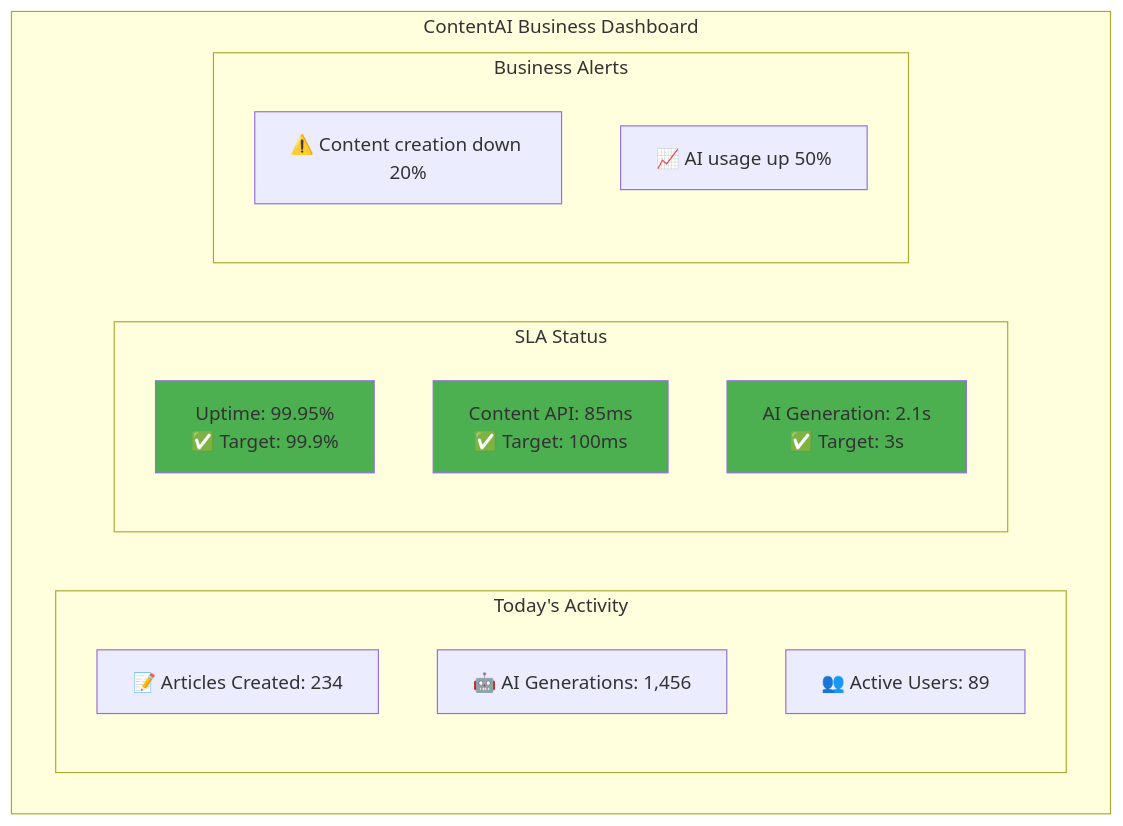
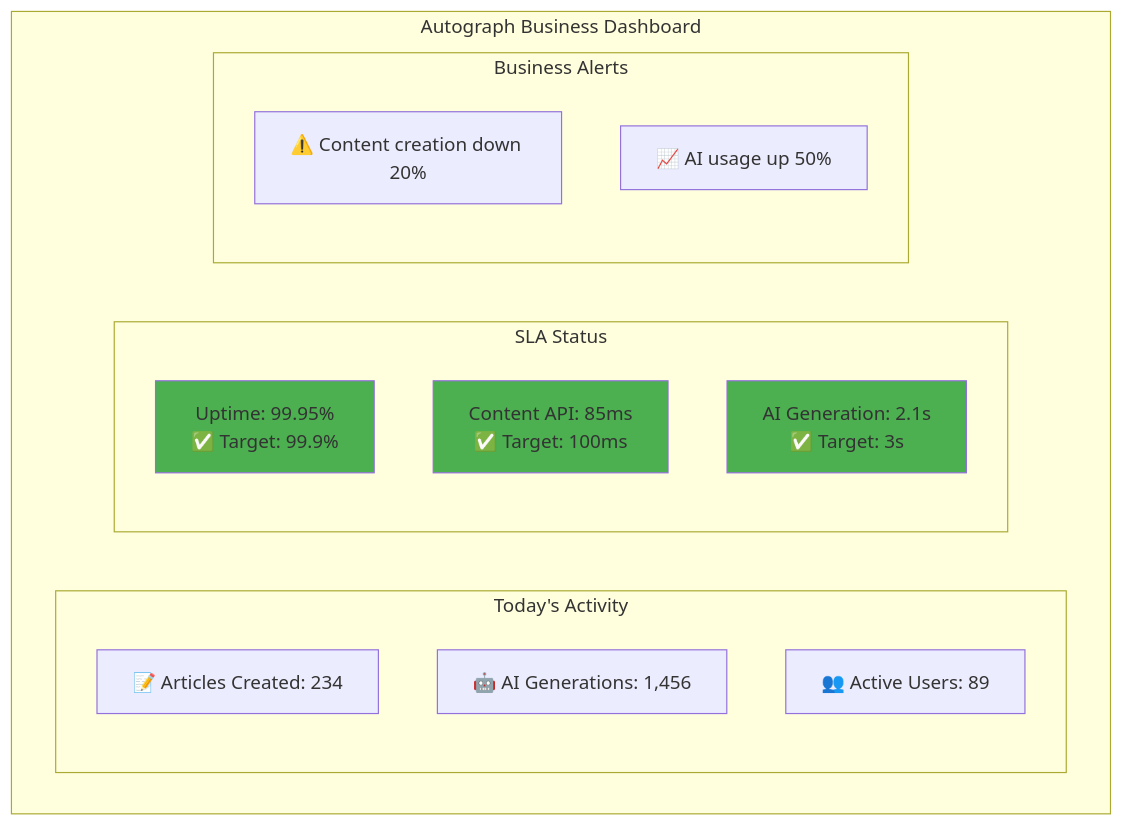
One commit to PearlThoughtsInternship/Internship-Obsidian-Vault changed the seventh of 11 diagrams in DevOps/03-Platform/02-Observability.md. Above: the diagram before and after it, drawn with Mermaid. The commit also changed other lines of this file and 2 other files, not shown here.

````diff
--- a/DevOps/03-Platform/02-Observability.md
+++ b/DevOps/03-Platform/02-Observability.md
@@ -290,25 +290,25 @@
 ```mermaid
 flowchart TB
-    subgraph BusinessDashboard["ContentAI Business Dashboard"]
+    subgraph BusinessDashboard["Autograph Business Dashboard"]
         subgraph Today["Today's Activity"]
             Articles["📝 Articles Created: 234"]
             AI["🤖 AI Generations: 1,456"]
             Users["👥 Active Users: 89"]
         end
 
         subgraph SLA["SLA Status"]
             Uptime["Uptime: 99.95%\n✅ Target: 99.9%"]
             Latency["Content API: 85ms\n✅ Target: 100ms"]
             AITime["AI Generation: 2.1s\n✅ Target: 3s"]
         end
 
         subgraph Alerts["Business Alerts"]
             Low["⚠️ Content creation down 20%"]
             High["📈 AI usage up 50%"]
         end
     end
 
     style Uptime fill:#4CAF50
     style Latency fill:#4CAF50
     style AITime fill:#4CAF50
 ```
````
